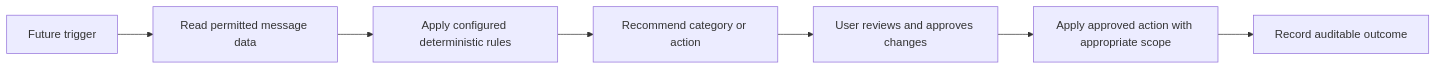
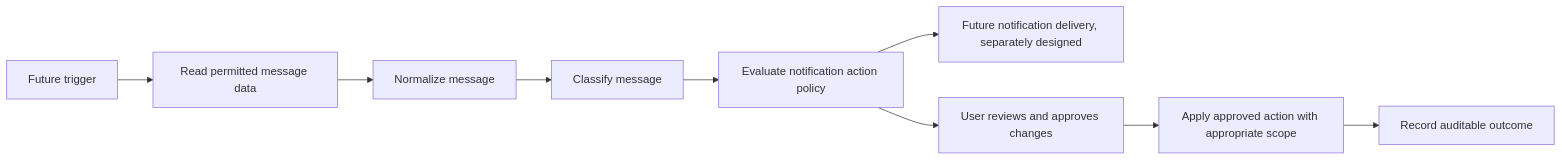
The fourth of 5 diagrams in docs/architecture.md (michael-robeson/mailflow), drawn with Mermaid before and after one commit. The commit also changed other lines of this file and 4 other files, not shown here.

Commit message:
feat: add notification action policy

````diff
--- a/docs/architecture.md
+++ b/docs/architecture.md
@@ -89,9 +95,11 @@
 ```mermaid
 flowchart LR
     T[Future trigger] --> R[Read permitted message data]
-    R --> C[Apply configured deterministic rules]
-    C --> Q[Recommend category or action]
+    R --> N[Normalize message]
+    N --> C[Classify message]
+    C --> Q[Evaluate notification action policy]
+    Q --> D[Future notification delivery, separately designed]
     Q --> U[User reviews and approves changes]
     U --> A[Apply approved action with appropriate scope]
     A --> H[Record auditable outcome]
 ```
````
